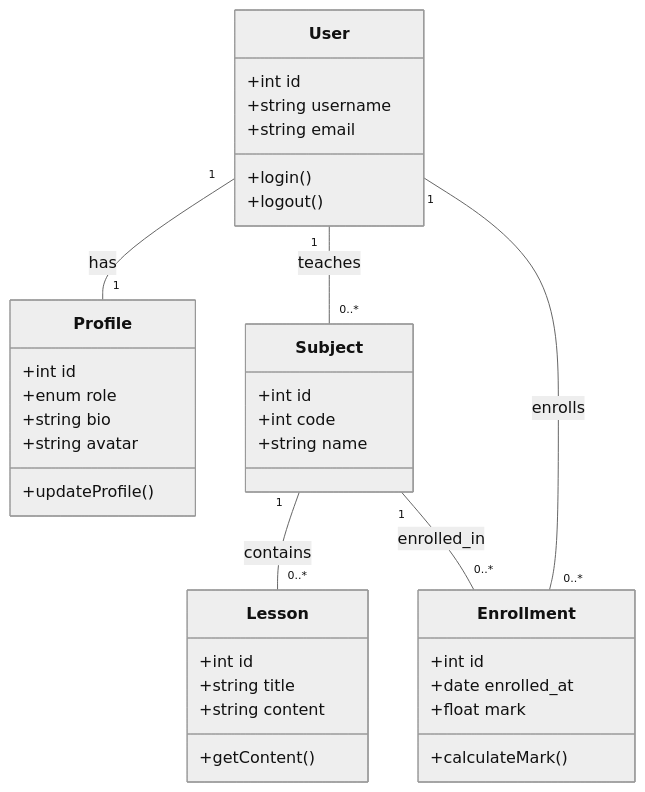
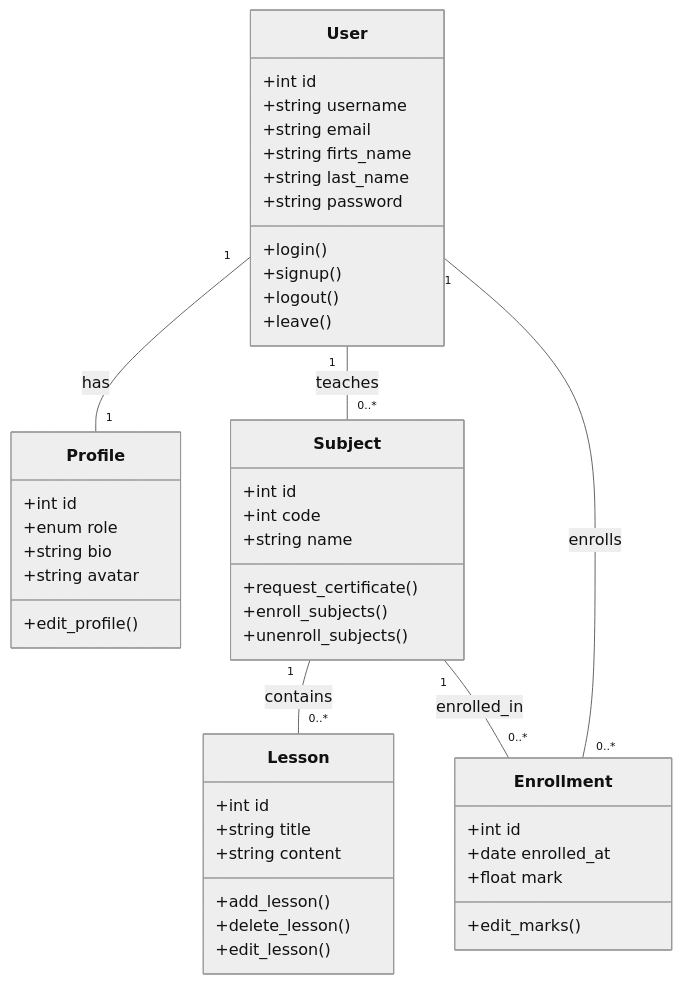
The third of 3 diagrams in lumino-docs/docs/diseno.md (JavierCedres/dswBesayJavier), drawn with Mermaid (neutral theme) before and after one commit. The commit also changed other lines of this file and 8 other files, not shown here.

````diff
--- a/lumino-docs/docs/diseno.md
+++ b/lumino-docs/docs/diseno.md
@@ -56,45 +51,55 @@
 ```mermaid
 classDiagram
     class User {
         +int id
         +string username
         +string email
+        +string firts_name
+        +string last_name
+        +string password
         +login()
+        +signup()
         +logout()
+        +leave()
     }
 
     class Profile {
         +int id
         +enum role
         +string bio
         +string avatar
-        +updateProfile()
+        +edit_profile()
     }
 
     class Subject {
         +int id
         +int code
         +string name
+        +request_certificate()
+        +enroll_subjects()
+        +unenroll_subjects()
     }
 
     class Lesson {
         +int id
         +string title
         +string content
-        +getContent()
+        +add_lesson()
+        +delete_lesson()
+        +edit_lesson()
     }
 
     class Enrollment {
         +int id
         +date enrolled_at
         +float mark
-        +calculateMark()
+        +edit_marks()
     }
 
     User "1" -- "1" Profile : has
     User "1" -- "0..*" Subject : teaches
     Subject "1" -- "0..*" Lesson : contains
     User "1" -- "0..*" Enrollment : enrolls
     Subject "1" -- "0..*" Enrollment : enrolled_in
 
 ```
````
